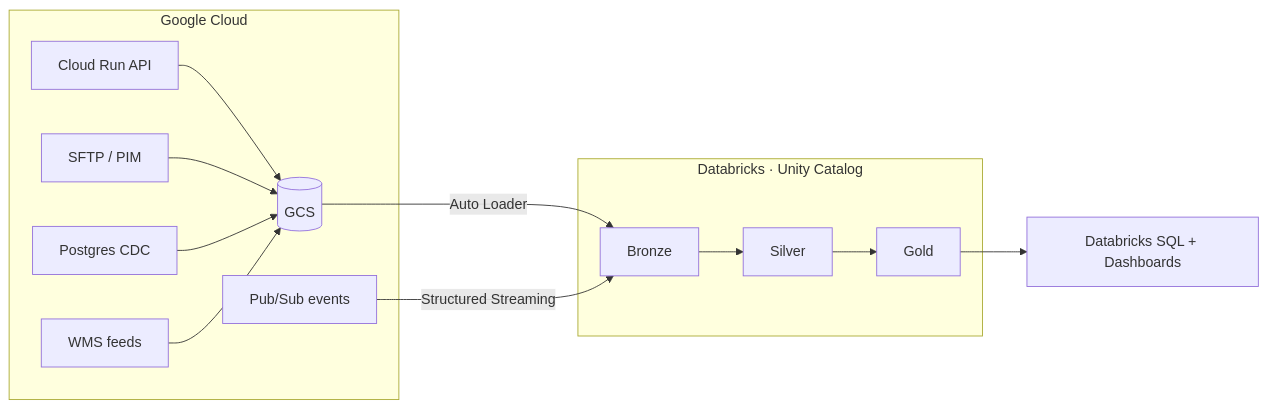
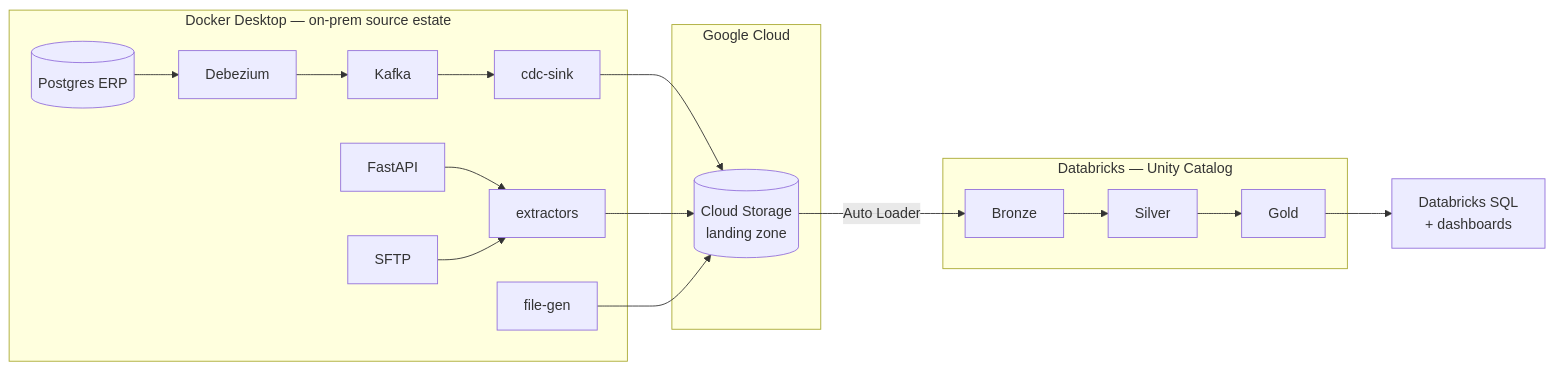
One commit to Sohailtanveer1/enterprise-lakehouse-on-databricks changed the diagram in README.md. Above: the diagram before and after it, drawn with Mermaid. The commit also changed other lines of this file and 4 other files, not shown here.

````diff
--- a/README.md
+++ b/README.md
@@ -44,16 +20,20 @@
 ```mermaid
 flowchart LR
-    subgraph GCP["Google Cloud"]
-        A["Cloud Run API"] --> G[("GCS")]
-        B["SFTP / PIM"] --> G
-        C["Postgres CDC"] --> G
-        D["WMS feeds"] --> G
-        E["Pub/Sub events"]
+    subgraph D["Docker Desktop — on-prem source estate"]
+        PG[("Postgres ERP")] --> DZ["Debezium"] --> K["Kafka"] --> SK["cdc-sink"]
+        API["FastAPI"] --> EX["extractors"]
+        SF["SFTP"] --> EX
+        FG["file-gen"]
     end
-    subgraph DBX["Databricks · Unity Catalog"]
+    subgraph G["Google Cloud"]
+        GCS[("Cloud Storage<br/>landing zone")]
+    end
+    subgraph DB["Databricks — Unity Catalog"]
         BR["Bronze"] --> SI["Silver"] --> GO["Gold"]
     end
-    G -->|Auto Loader| BR
-    E -->|Structured Streaming| BR
-    GO --> DS["Databricks SQL + Dashboards"]
+    SK --> GCS
+    EX --> GCS
+    FG --> GCS
+    GCS -->|"Auto Loader"| BR
+    GO --> DS["Databricks SQL<br/>+ dashboards"]
 ```
````
